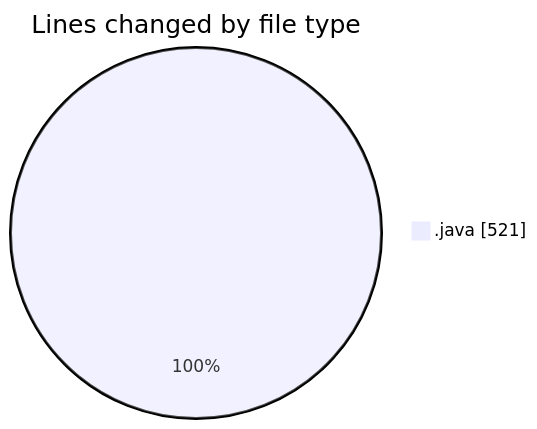
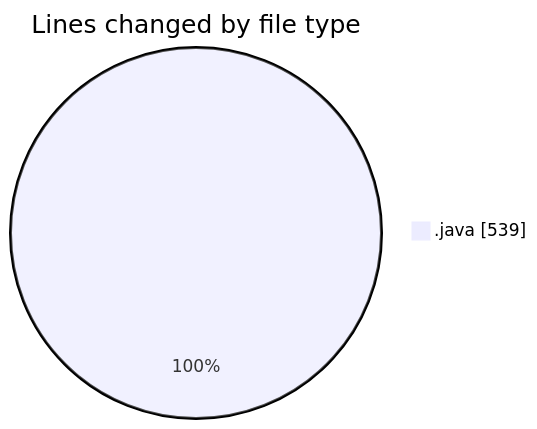
Before and after one commit to ricardozamudiocil/code-tracking: the first of 2 diagrams in 2026-06-11/cilreports__workspace_/README.md, drawn with Mermaid. The commit also changed other lines of this file and 1 other file, not shown here.

````diff
--- a/2026-06-11/cilreports__workspace_/README.md
+++ b/2026-06-11/cilreports__workspace_/README.md
@@ -21,5 +22,5 @@
 ```mermaid
 pie showData
 title Lines changed by file type
-".java" : 521
+".java" : 539
 ```
````
